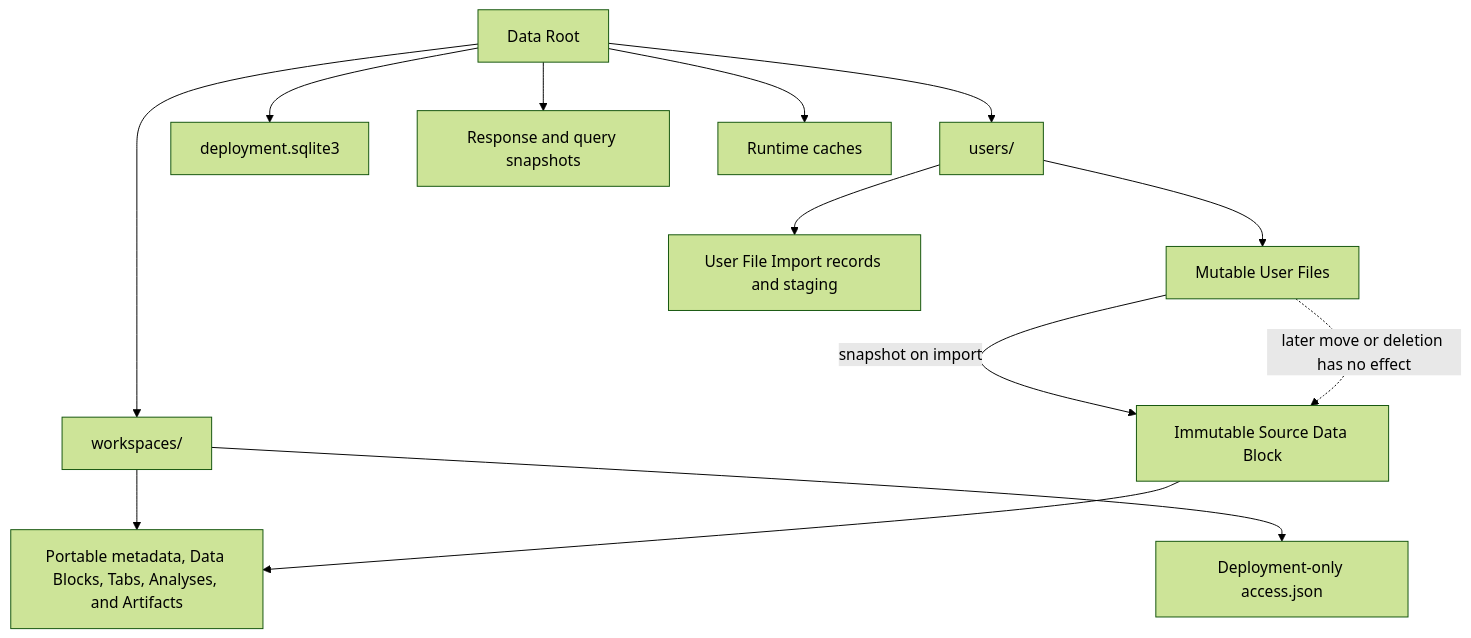
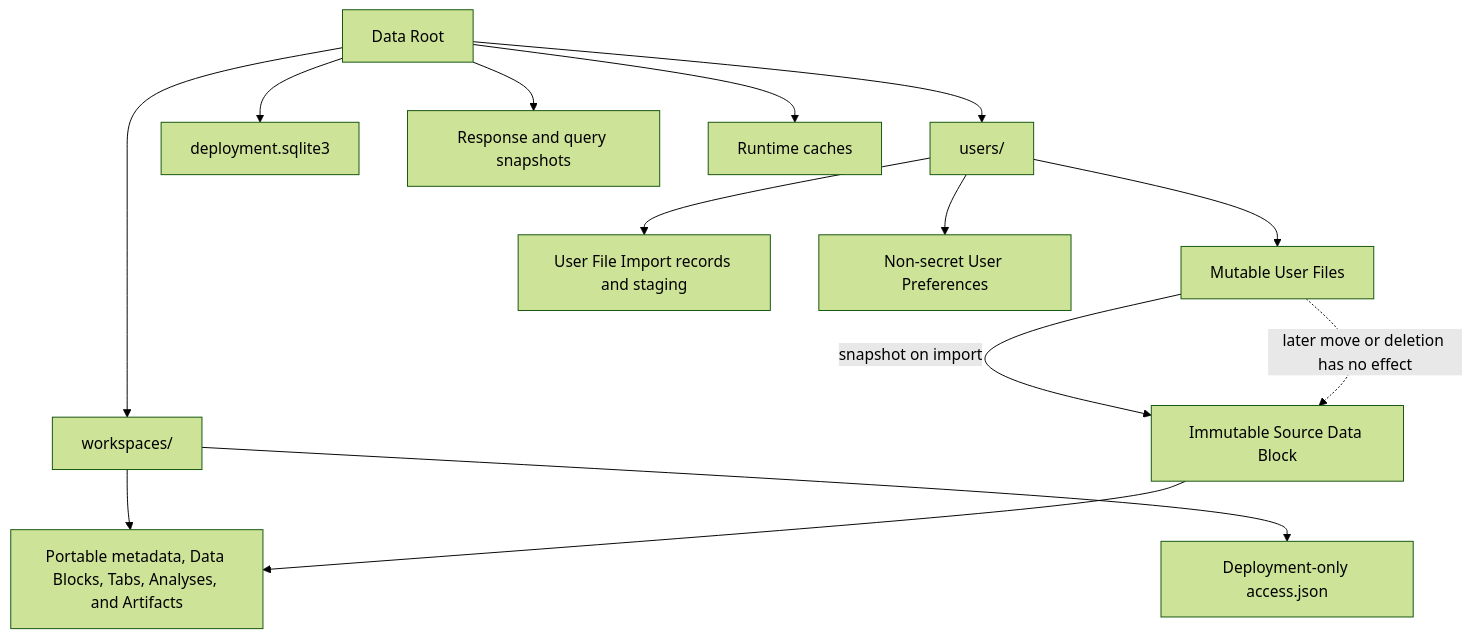
Before and after one commit to Australian-Text-Analytics-Platform/ldaca_web_app: the diagram in docs/domain/files-and-storage.md, drawn with Mermaid (forest theme). The commit also changed other lines of this file and 47 other files, not shown here.

````diff
--- a/docs/domain/files-and-storage.md
+++ b/docs/domain/files-and-storage.md
@@ -15,16 +20,17 @@
 ```mermaid
 flowchart TB
     ROOT["Data Root"] --> USERS["users/<user-id>"]
     ROOT --> WORKSPACES["workspaces/<workspace-id>"]
     ROOT --> AUTH["deployment.sqlite3"]
     ROOT --> SNAPSHOTS["Response and query snapshots"]
     ROOT --> CACHE["Runtime caches"]
 
     USERS --> FILES["Mutable User Files"]
     USERS --> IMPORTS["User File Import records and staging"]
+    USERS --> PREFERENCES["Non-secret User Preferences"]
     WORKSPACES --> ACCESS["Deployment-only access.json"]
     WORKSPACES --> PORTABLE["Portable metadata, Data Blocks, Tabs, Analyses, and Artifacts"]
     FILES -->|"snapshot on import"| SOURCE["Immutable Source Data Block"]
     SOURCE --> PORTABLE
     FILES -. "later move or deletion has no effect" .-> SOURCE
 ```
````
